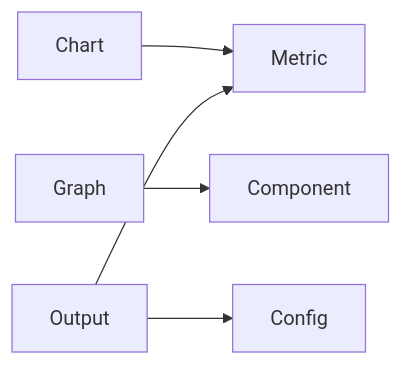
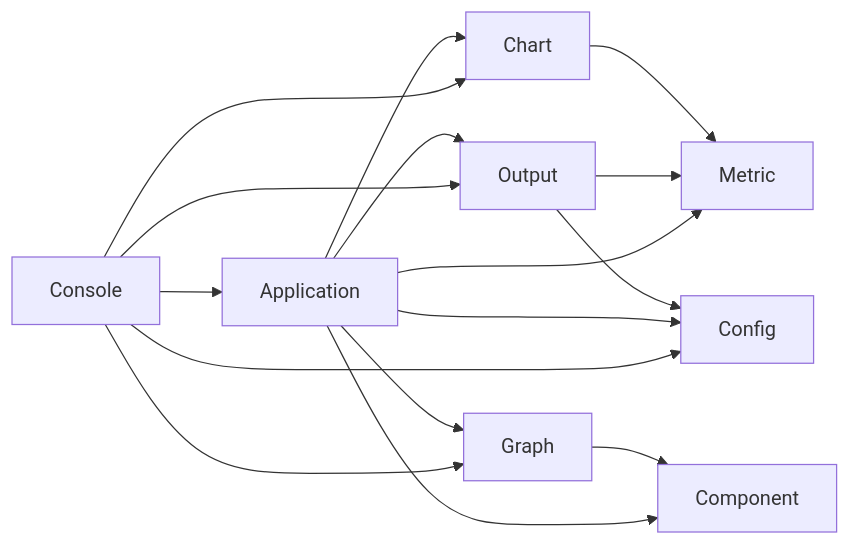
Before and after one commit to jcvviljoen/php-stability-metrics: the diagram in README.md, drawn with Mermaid. The commit also changed other lines of this file and 29 other files, not shown here.

````diff
--- a/README.md
+++ b/README.md
@@ -91,13 +92,26 @@
 ```mermaid
 graph LR
     Chart
     Component
     Config
     node_Graph["Graph"]
     Metric
     Output
+    Application
+    Console
     Chart --> Metric
     node_Graph --> Component
     Output --> Config
     Output --> Metric
+    Application --> Chart
+    Application --> Component
+    Application --> Config
+    Application --> node_Graph
+    Application --> Metric
+    Application --> Output
+    Console --> Chart
+    Console --> Config
+    Console --> node_Graph
+    Console --> Output
+    Console --> Application
 ```
````
